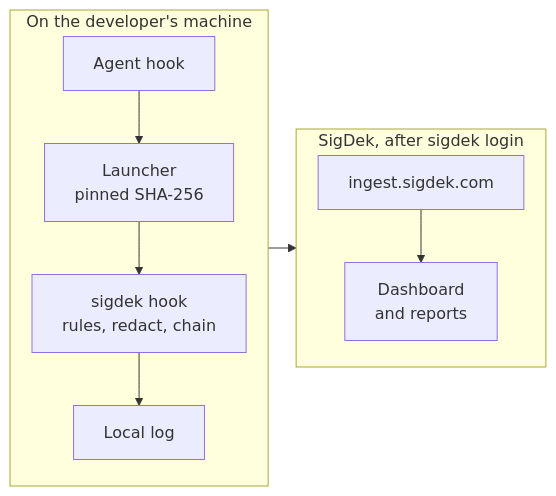
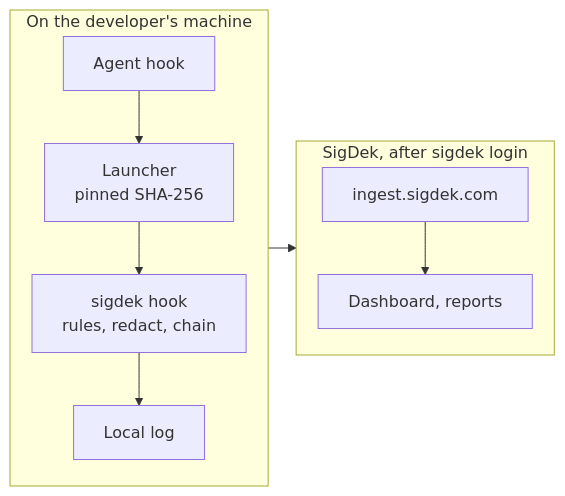
Before and after one commit to tektonsoftware/sigdek: the diagram in README.md, drawn with Mermaid.

Commit message:
README: the diagram's SigDek column is shorter, so GitHub's zoom buttons don't cover it on a phone

````diff
--- a/README.md
+++ b/README.md
@@ -95,13 +95,13 @@
 ```mermaid
 %%{init: {"flowchart": {"nodeSpacing": 24, "rankSpacing": 28}}}%%
 flowchart LR
   subgraph M["On the developer's machine"]
     direction TB
     A["Agent hook"] --> B["Launcher<br/>pinned SHA-256"] --> C["sigdek hook<br/>rules, redact, chain"] --> D["Local log"]
   end
   subgraph S["SigDek, after sigdek login"]
     direction TB
-    E["ingest.sigdek.com"] --> F["Dashboard<br/>and reports"]
+    E["ingest.sigdek.com"] --> F["Dashboard, reports"]
   end
   M --> S
 ```
````
